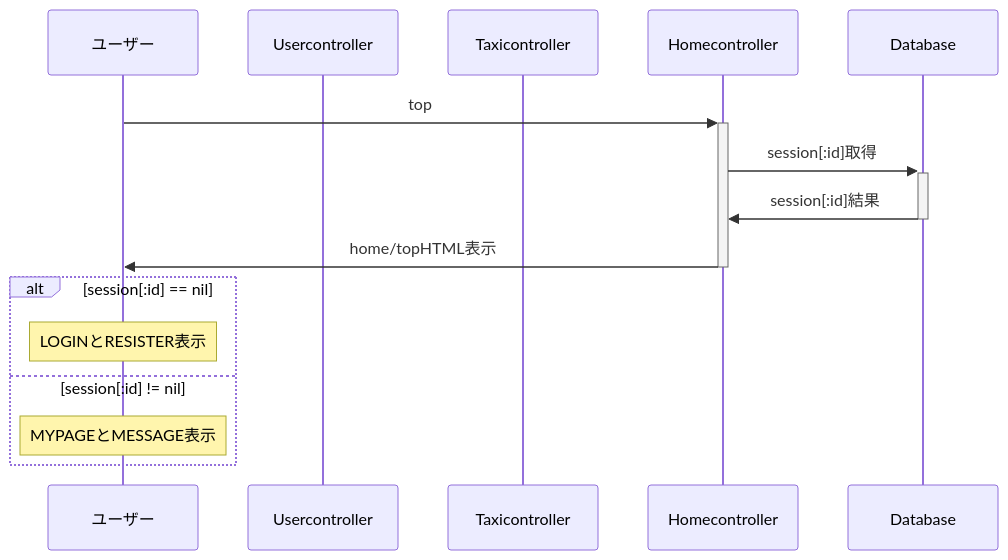
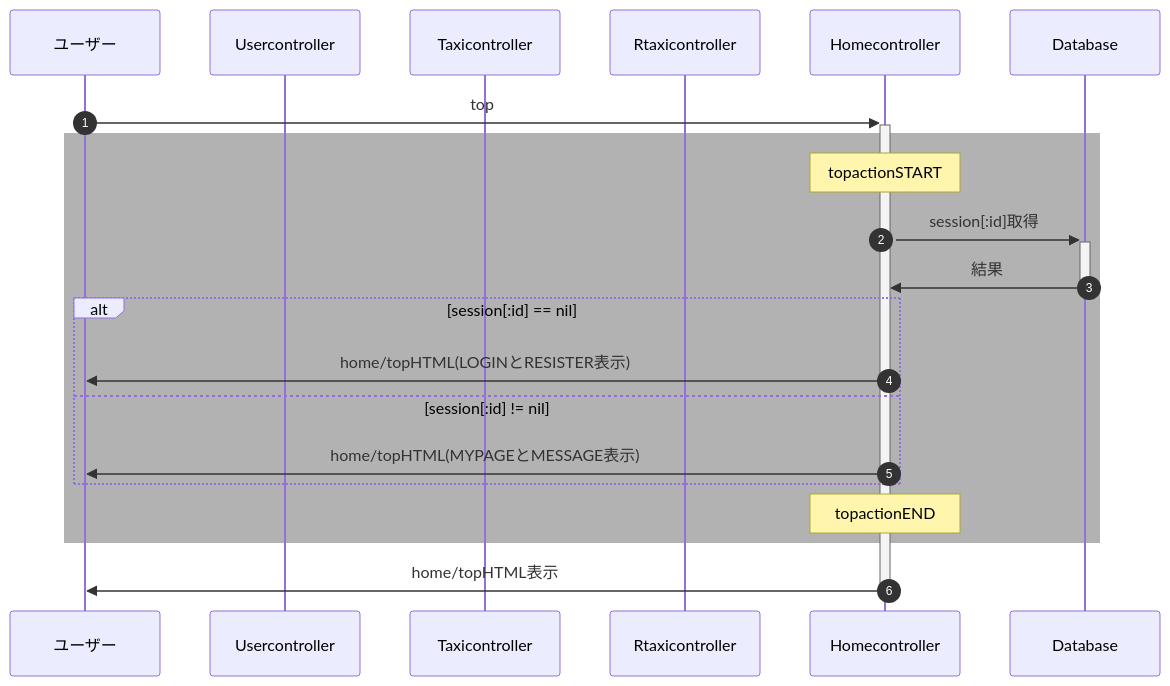
The first of 28 diagrams in explain.mmd (tsola-20011118/sfcnet), drawn with Mermaid before and after one commit. The commit also changed other lines of this file and 10 other files, not shown here.

````diff
--- a/explain.mmd
+++ b/explain.mmd
@@ -66,19 +65,27 @@
 ```mermaid
 sequenceDiagram
+    autonumber
     participant u as ユーザー
     participant uc as Usercontroller
     participant tc as Taxicontroller
+    participant rc as Rtaxicontroller
+    participant rc as Rtaxicontroller
     participant hc as Homecontroller
     participant db as Database
     u ->>+ hc : top
+    rect rgba(0, 0, 0, 0.3)
+    Note over hc : topactionSTART
     hc ->>+ db : session[:id]取得
-    db ->>- hc :session[:id]結果
+    db ->>- hc :　結果
+    alt session[:id] == nil
+        hc ->> u : home/topHTML(LOGINとRESISTER表示)
+    else session[:id] != nil
+        hc ->> u : home/topHTML(MYPAGEとMESSAGE表示)
+    end
+    Note over hc : topactionEND
+    end
+    
     hc ->>- u　: home/topHTML表示
-    alt session[:id] == nil
-        Note over u : LOGINとRESISTER表示
-    else session[:id] != nil
-        Note over u : MYPAGEとMESSAGE表示
-    end
     
 
 ```
````
